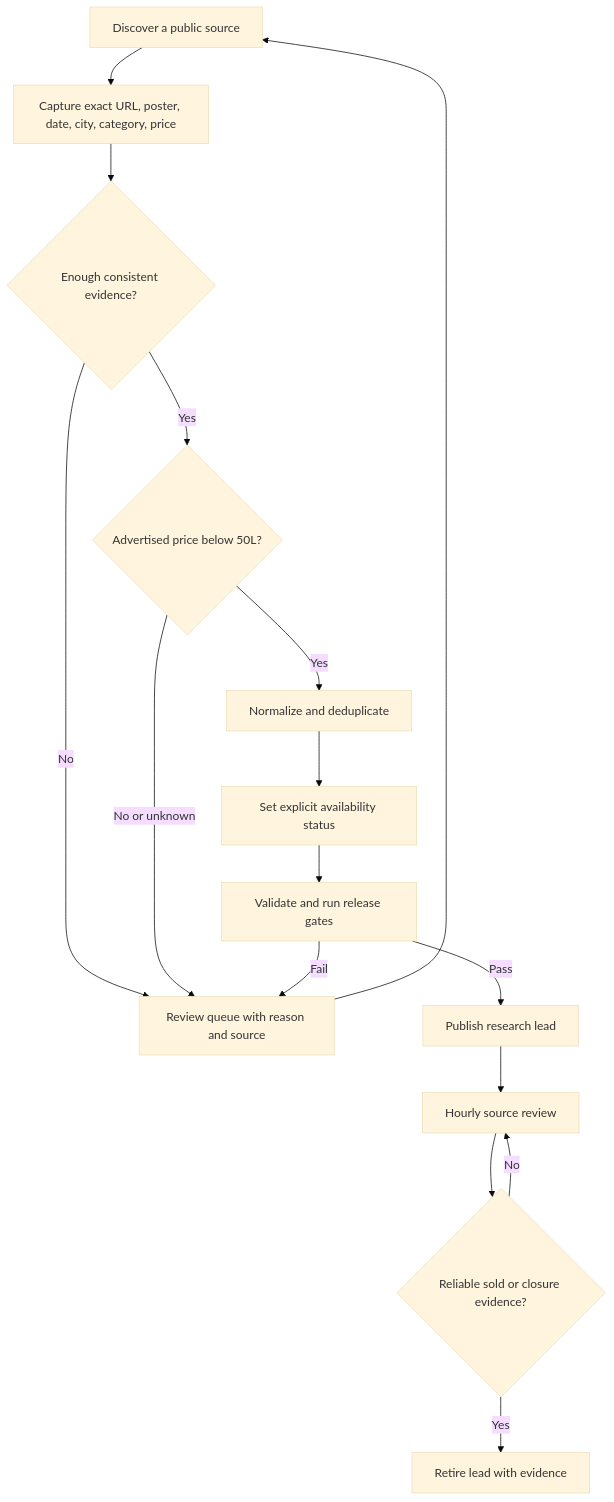
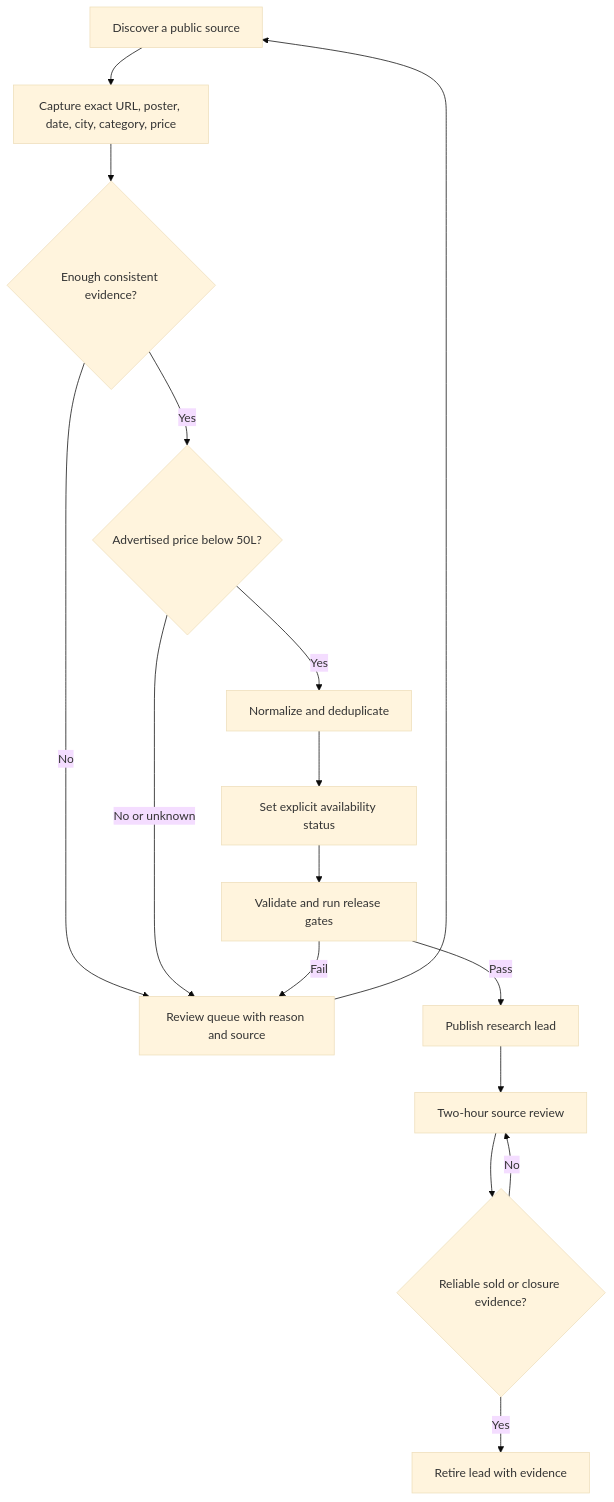
Before and after one commit to varunjakkampudi-tech/property-lens: the second of 2 diagrams in docs/ARCHITECTURE.md, drawn with Mermaid (base theme). The commit also changed other lines of this file and 2 other files, not shown here.

Commit message:
chore: clean generated artifacts and cadence docs

````diff
--- a/docs/ARCHITECTURE.md
+++ b/docs/ARCHITECTURE.md
@@ -56,18 +56,18 @@
 ```mermaid
 flowchart TD
     Discover[Discover a public source] --> Capture[Capture exact URL, poster, date, city, category, price]
     Capture --> Check{Enough consistent evidence?}
     Check -- No --> Queue[Review queue with reason and source]
     Check -- Yes --> Price{Advertised price below 50L?}
     Price -- No or unknown --> Queue
     Price -- Yes --> Dedup[Normalize and deduplicate]
     Dedup --> Status[Set explicit availability status]
     Status --> Validate[Validate and run release gates]
     Validate -- Pass --> Publish[Publish research lead]
     Validate -- Fail --> Queue
-    Publish --> Recheck[Hourly source review]
+    Publish --> Recheck[Two-hour source review]
     Recheck --> Closed{Reliable sold or closure evidence?}
     Closed -- Yes --> Retire[Retire lead with evidence]
     Closed -- No --> Recheck
     Queue --> Discover
 ```
````
